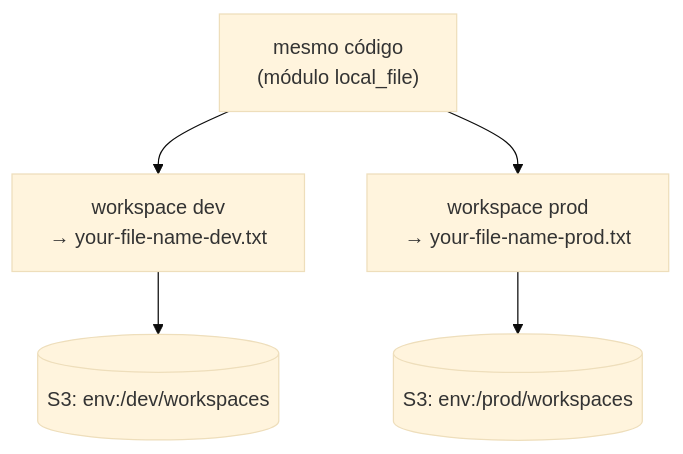
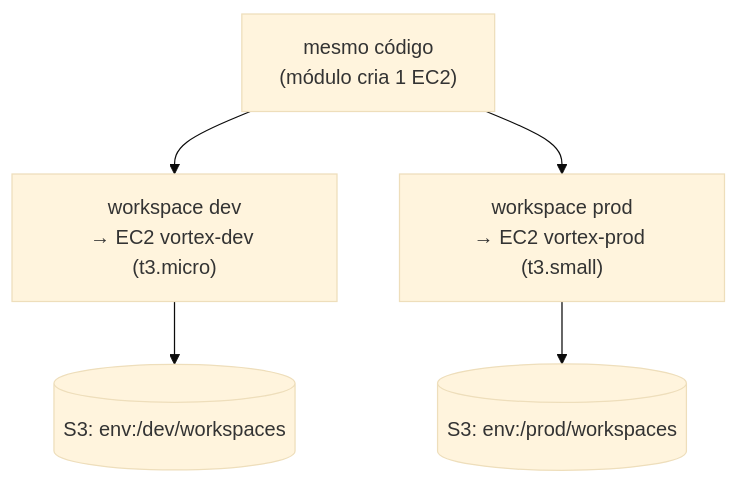
The diagram in 01-Terraform/demos/05-Workspaces/README.md (Kauefor88/FIAP-Platform-Engineering), drawn with Mermaid (base theme) before and after one commit. The commit also changed other lines of this file and 7 other files, not shown here.

````diff
--- a/01-Terraform/demos/05-Workspaces/README.md
+++ b/01-Terraform/demos/05-Workspaces/README.md
@@ -67,8 +79,8 @@
 ```mermaid
 flowchart TD
-    C["mesmo código<br/>(módulo local_file)"]
-    C --> D["workspace dev<br/>→ your-file-name-dev.txt"]
-    C --> P["workspace prod<br/>→ your-file-name-prod.txt"]
+    C["mesmo código<br/>(módulo cria 1 EC2)"]
+    C --> D["workspace dev<br/>→ EC2 vortex-dev (t3.micro)"]
+    C --> P["workspace prod<br/>→ EC2 vortex-prod (t3.small)"]
     D --> SD[("S3: env:/dev/workspaces")]
     P --> SP[("S3: env:/prod/workspaces")]
 ```
````
